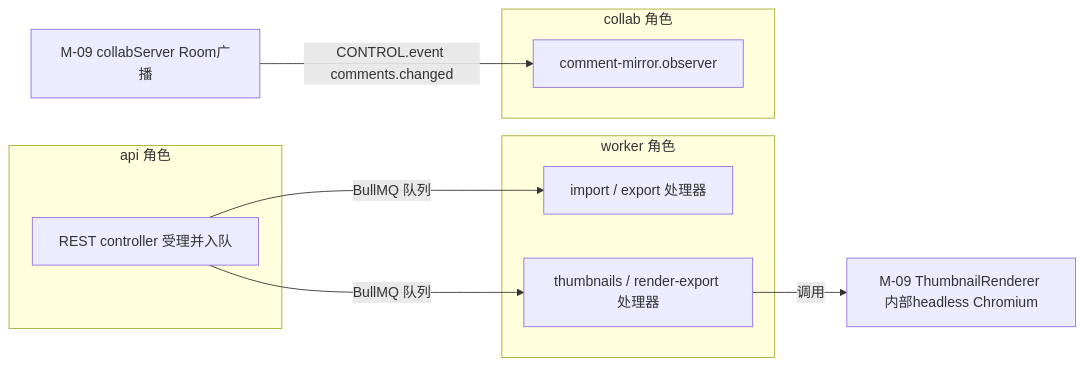
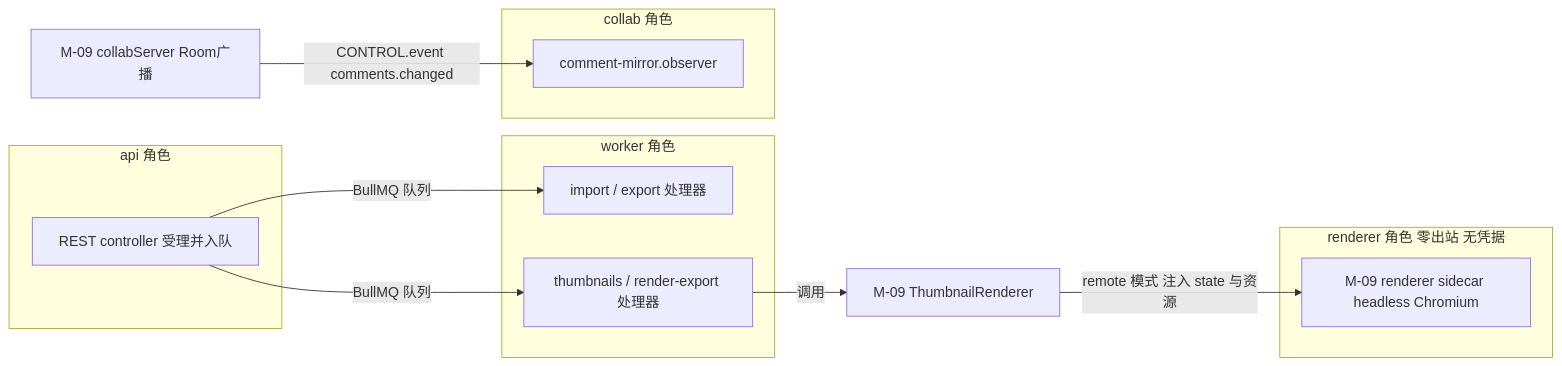
Before and after one commit to Xeonice/cordis-ppt-editor: the fourth of 4 diagrams in docs/40-modules/12-server-jobs-comments-and-ops.md, drawn with Mermaid. The commit also changed other lines of this file and 23 other files, not shown here.

````diff
--- a/docs/40-modules/12-server-jobs-comments-and-ops.md
+++ b/docs/40-modules/12-server-jobs-comments-and-ops.md
@@ -777,19 +784,23 @@
 ```mermaid
 flowchart LR
 subgraph apiRole["api 角色"]
   restCtl["REST controller 受理并入队"]
 end
 subgraph workerRole["worker 角色"]
   importProc["import / export 处理器"]
   thumbProc["thumbnails / render-export 处理器"]
 end
 subgraph collabRole["collab 角色"]
   mirrorObs["comment-mirror.observer"]
 end
 m09Collab["M-09 collabServer Room广播"]
-m09Renderer["M-09 ThumbnailRenderer 内部headless Chromium"]
+subgraph rendererRole["renderer 角色 零出站 无凭据"]
+  m09Sidecar["M-09 renderer sidecar headless Chromium"]
+end
+m09Renderer["M-09 ThumbnailRenderer"]
 restCtl -- "BullMQ 队列" --> importProc
 restCtl -- "BullMQ 队列" --> thumbProc
 thumbProc -- "调用" --> m09Renderer
+m09Renderer -- "remote 模式 注入 state 与资源" --> m09Sidecar
 m09Collab -- "CONTROL.event comments.changed" --> mirrorObs
 ```
````
